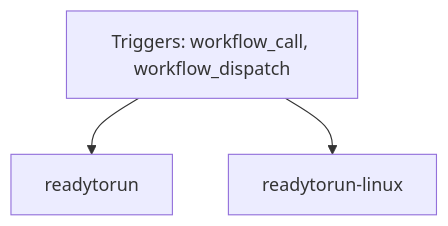
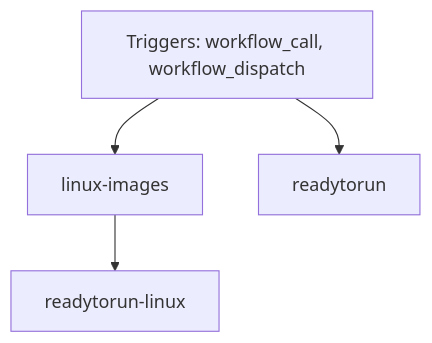
One commit to FrenchExDev2/QuietCli.PoSh changed the diagram in docs/ci/github/script-quietcli2-readytorun.md. Above: the diagram before and after it, drawn with Mermaid. The commit also changed other lines of this file and 32 other files, not shown here.

Commit message:
Prepare shared Linux CI images before every consumer

```diff
--- a/docs/ci/github/script-quietcli2-readytorun.md
+++ b/docs/ci/github/script-quietcli2-readytorun.md
@@ -32,8 +34,10 @@
 ~~~mermaid
 flowchart TD
     event["Triggers: workflow_call, workflow_dispatch"]
+    job_linux_images["linux-images"]
     job_readytorun["readytorun"]
     job_readytorun_linux["readytorun-linux"]
+    event --> job_linux_images
     event --> job_readytorun
-    event --> job_readytorun_linux
+    job_linux_images --> job_readytorun_linux
 ~~~
```
